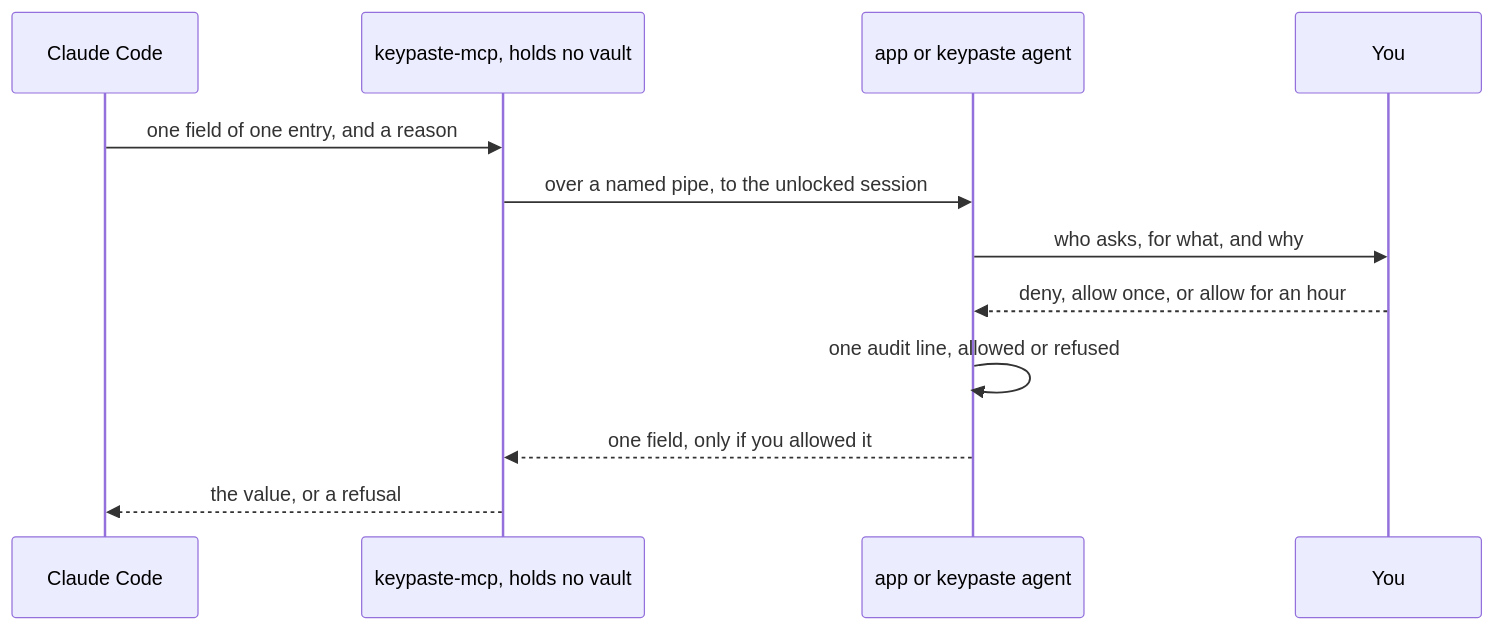
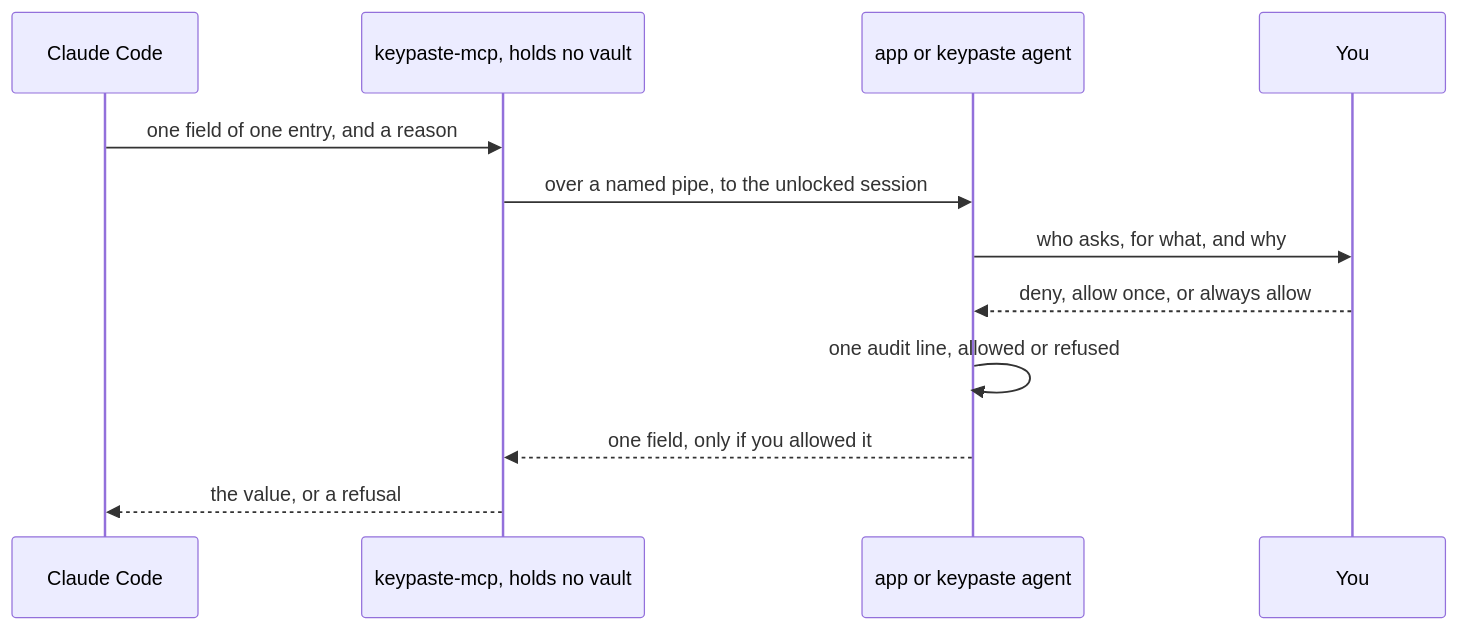
One commit to notinferred/keypaste changed the first of 2 diagrams in site/web/src/content/docs/products/agent-approvals.mdx. Above: the diagram before and after it, drawn with Mermaid. The commit also changed other lines of this file and 255 other files, not shown here.

Commit message:
Allow once or always, and retire timed allowing

````diff
--- a/site/web/src/content/docs/products/agent-approvals.mdx
+++ b/site/web/src/content/docs/products/agent-approvals.mdx
@@ -14,14 +14,14 @@
 ```mermaid
 sequenceDiagram
   participant C as Claude Code
   participant B as keypaste-mcp, holds no vault
   participant O as app or keypaste agent
   participant Y as You
   C->>B: one field of one entry, and a reason
   B->>O: over a named pipe, to the unlocked session
   O->>Y: who asks, for what, and why
-  Y-->>O: deny, allow once, or allow for an hour
+  Y-->>O: deny, allow once, or always allow
   O->>O: one audit line, allowed or refused
   O-->>B: one field, only if you allowed it
   B-->>C: the value, or a refusal
 ```
````
